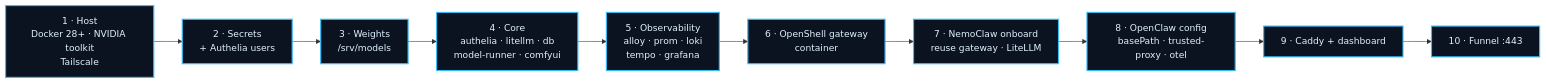
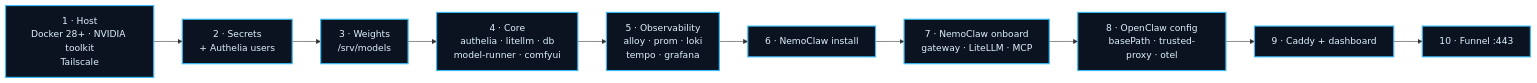
Diagram 15 of 15 in gb10-agent-stack.md (ravikiranvs/gb10-ai-stack), drawn with Mermaid before and after one commit. The commit also changed other lines of this file and 21 other files, not shown here.

````diff
--- a/gb10-agent-stack.md
+++ b/gb10-agent-stack.md
@@ -840,15 +845,15 @@
 ```mermaid
 flowchart LR
     A["1 · Host<br/>Docker 28+ · NVIDIA toolkit<br/>Tailscale"] --> B["2 · Secrets<br/>+ Authelia users"]
     B --> C["3 · Weights<br/>/srv/models"]
     C --> D["4 · Core<br/>authelia · litellm · db<br/>model-runner · comfyui"]
     D --> E["5 · Observability<br/>alloy · prom · loki<br/>tempo · grafana"]
-    E --> F["6 · OpenShell gateway<br/>container"]
-    F --> G["7 · NemoClaw onboard<br/>reuse gateway · LiteLLM"]
+    E --> F["6 · NemoClaw install"]
+    F --> G["7 · NemoClaw onboard<br/>gateway · LiteLLM · MCP"]
     G --> H["8 · OpenClaw config<br/>basePath · trusted-proxy · otel"]
     H --> I["9 · Caddy + dashboard"]
     I --> J["10 · Funnel :443"]
 
     classDef s fill:#0b1220,stroke:#38bdf8,color:#e0f2fe,stroke-width:2px
     class A,B,C,D,E,F,G,H,I,J s
 ```
````
